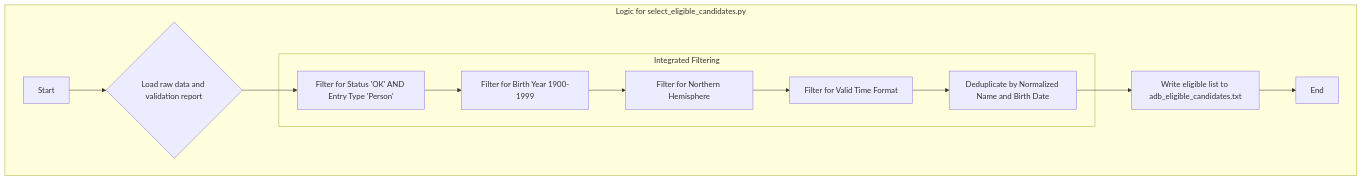
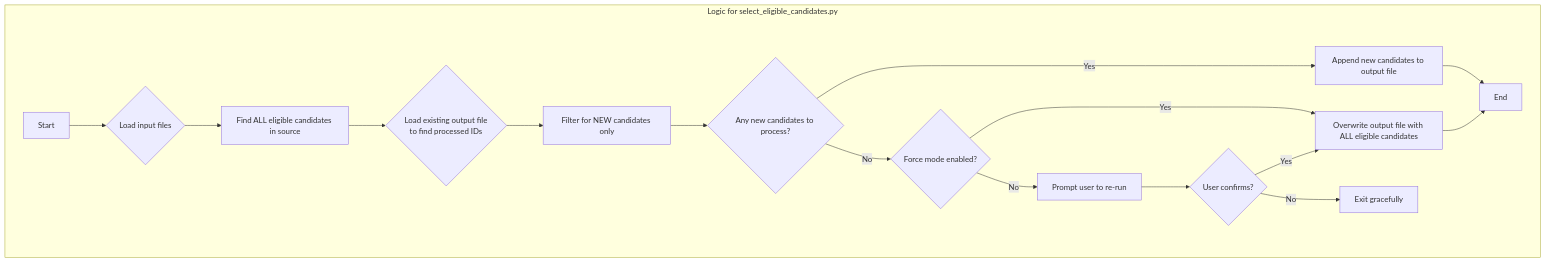
The diagram in docs/diagrams/logic_prep_eligible_candidates.mmd (peterjmarko/llm-narrative-framework), drawn with Mermaid before and after one commit. The commit also changed 11 other files, not shown here.

First line of the commit message:
feat(data-prep): Improve candidate filtering and stabilize L3 interactive test

```diff
--- a/docs/diagrams/logic_prep_eligible_candidates.mmd
+++ b/docs/diagrams/logic_prep_eligible_candidates.mmd
@@ -1,15 +1,17 @@
 graph TD
-    subgraph Logic for select_eligible_candidates.py
-        A[Start] --> B{Load raw data and validation report};
-
-        subgraph "Integrated Filtering"
-            C["Filter for Status 'OK' AND Entry Type 'Person'"] --> D["Filter for Birth Year 1900-1999"];
-            D --> Hemi["Filter for Northern Hemisphere"];
-            Hemi --> E["Filter for Valid Time Format"];
-            E --> F["Deduplicate by Normalized Name and Birth Date"];
-        end
-        
-        B --> C;
-        F --> I[Write eligible list to adb_eligible_candidates.txt];
-        I --> J[End];
+    subgraph "Logic for select_eligible_candidates.py"
+        A[Start] --> B{Load input files};
+        B --> C[Find ALL eligible candidates in source];
+        C --> D{Load existing output file<br>to find processed IDs};
+        D --> E[Filter for NEW candidates only];
+        E --> F{Any new candidates to process?};
+        F -- Yes --> G[Append new candidates to output file];
+        G --> Z[End];
+        F -- No --> H{Force mode enabled?};
+        H -- Yes --> I[Overwrite output file with ALL eligible candidates];
+        I --> Z;
+        H -- No --> J[Prompt user to re-run];
+        J --> K{User confirms?};
+        K -- Yes --> I;
+        K -- No --> L[Exit gracefully];
     end
```
